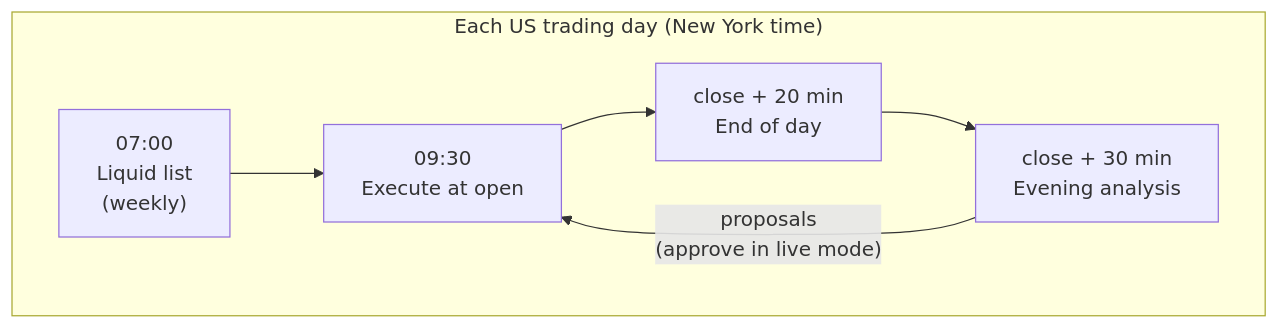
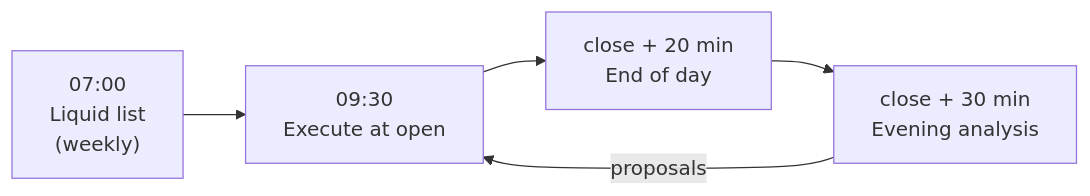
The diagram in README.md (achref-thamri/next-open), drawn with Mermaid before and after one commit. The commit also changed other lines of this file and 2 other files, not shown here.

````diff
--- a/README.md
+++ b/README.md
@@ -32,10 +46,7 @@
 ```mermaid
 flowchart LR
-    subgraph Daily["Each US trading day (New York time)"]
-        direction LR
-        L["07:00<br/>Liquid list<br/>(weekly)"] --> O["09:30<br/>Execute at open"]
-        O --> E["close + 20 min<br/>End of day"]
-        E --> A["close + 30 min<br/>Evening analysis"]
-    end
-    A -- "proposals<br/>(approve in live mode)" --> O
+    L["07:00<br/>Liquid list<br/>(weekly)"] --> O["09:30<br/>Execute at open"]
+    O --> E["close + 20 min<br/>End of day"]
+    E --> A["close + 30 min<br/>Evening analysis"]
+    A -- "proposals" --> O
 ```
````
